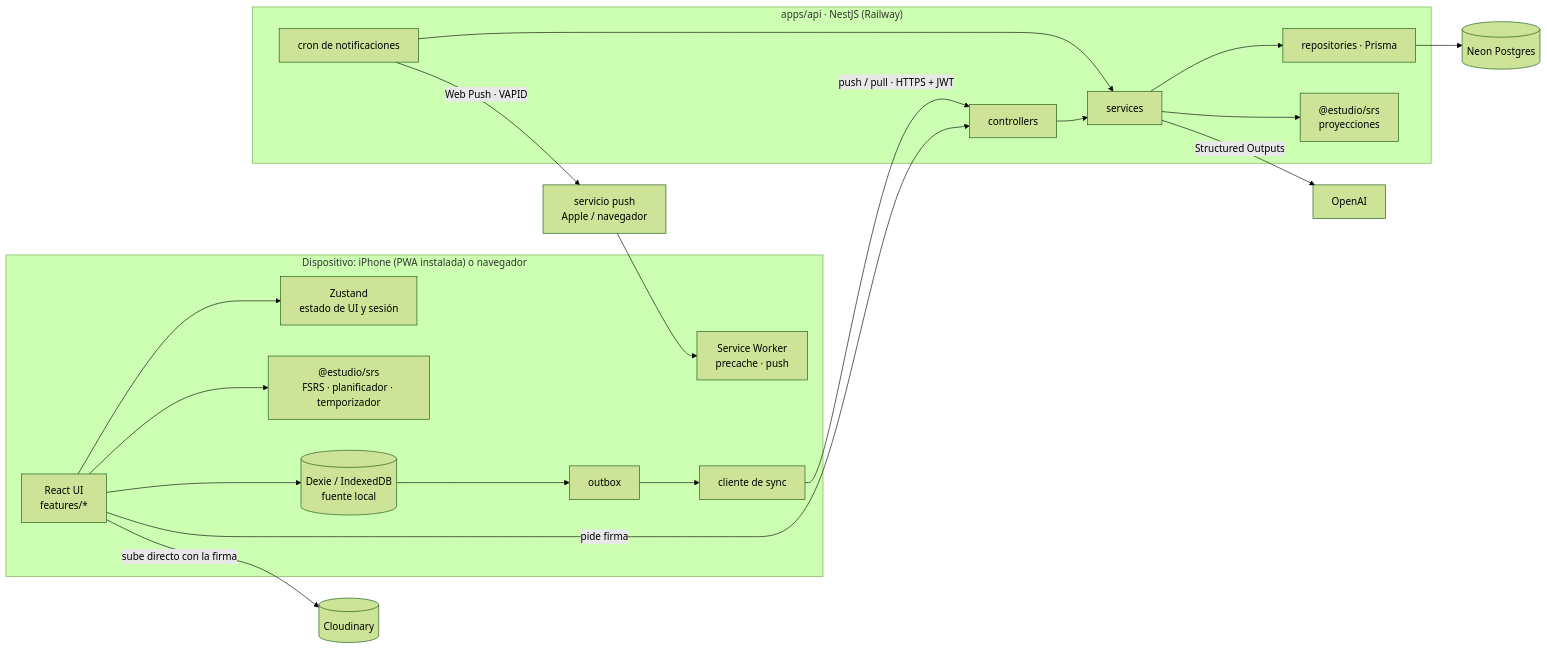
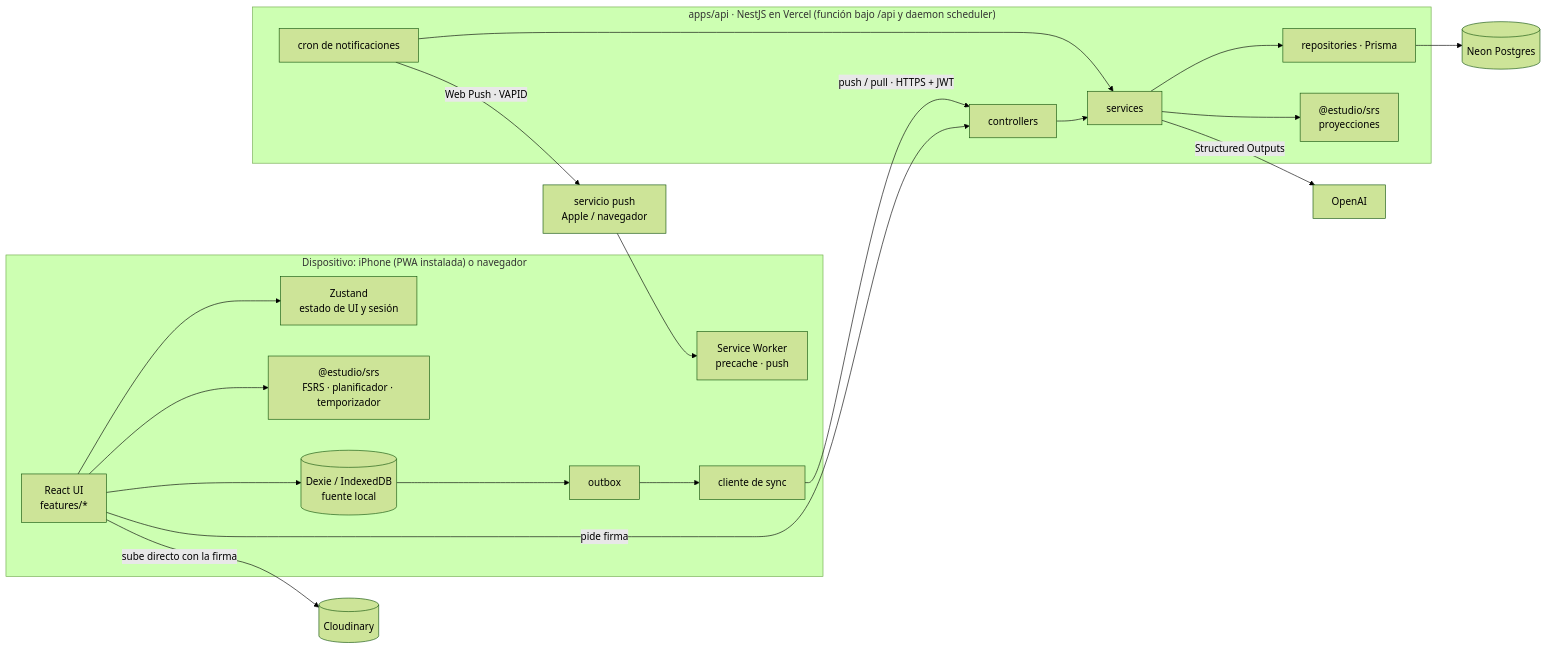
One commit to TakeoutCode/estudio changed the first of 2 diagrams in docs/ARCHITECTURE.md. Above: the diagram before and after it, drawn with Mermaid (forest theme). The commit also changed other lines of this file and 62 other files, not shown here.

````diff
--- a/docs/ARCHITECTURE.md
+++ b/docs/ARCHITECTURE.md
@@ -7,21 +7,21 @@
 ```mermaid
 flowchart LR
   subgraph DEV["Dispositivo: iPhone (PWA instalada) o navegador"]
     UI["React UI<br/>features/*"] --> ZU["Zustand<br/>estado de UI y sesión"]
     UI --> SRS["@estudio/srs<br/>FSRS · planificador · temporizador"]
     UI --> DX[("Dexie / IndexedDB<br/>fuente local")]
     DX --> OB["outbox"] --> SC["cliente de sync"]
     SW["Service Worker<br/>precache · push"]
   end
-  subgraph API["apps/api · NestJS (Railway)"]
+  subgraph API["apps/api · NestJS en Vercel (función bajo /api y daemon scheduler)"]
     CT["controllers"] --> SV["services"] --> RP["repositories · Prisma"]
     CR["cron de notificaciones"] --> SV
     SV --> SRS2["@estudio/srs<br/>proyecciones"]
   end
   RP --> PG[("Neon Postgres")]
   SC -->|"push / pull · HTTPS + JWT"| CT
   UI -->|"pide firma"| CT
   UI -->|"sube directo con la firma"| CLD[("Cloudinary")]
   SV -->|"Structured Outputs"| OAI["OpenAI"]
   CR -->|"Web Push · VAPID"| PS["servicio push<br/>Apple / navegador"] --> SW
 ```
````
